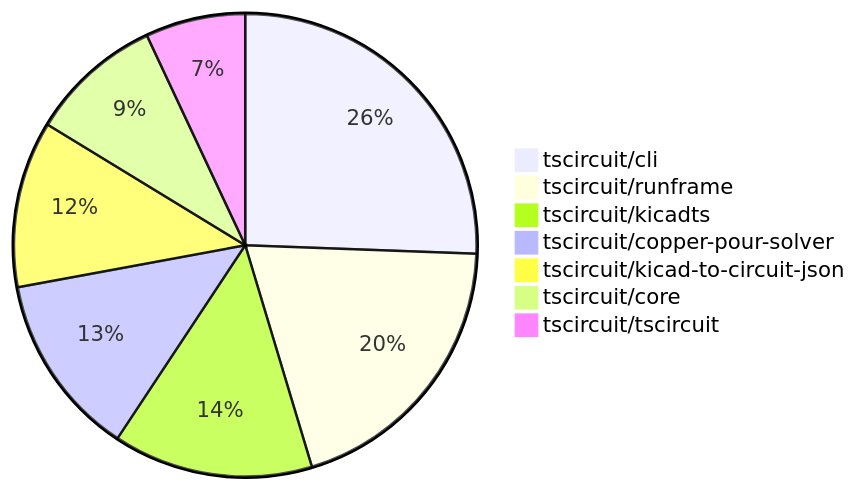
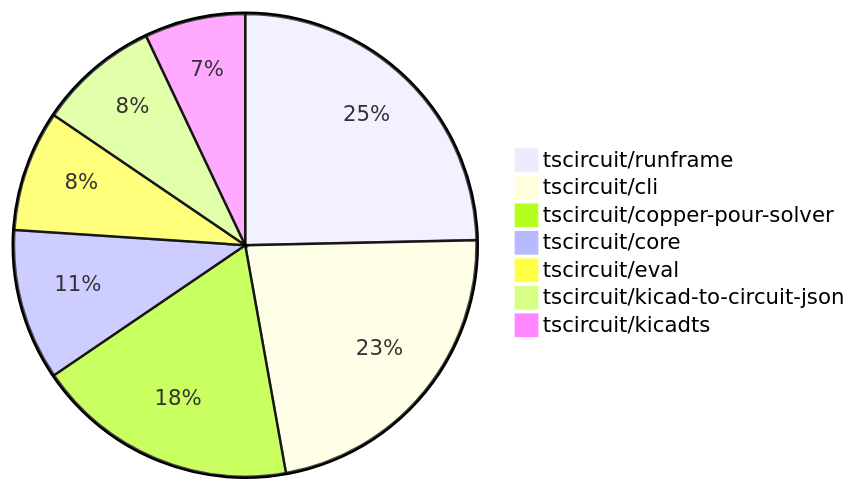
One commit to tscircuit/contribution-tracker changed the second of 2 diagrams in README.md. Above: the diagram before and after it, drawn with Mermaid. The commit also changed other lines of this file and 3 other files, not shown here.

````diff
--- a/README.md
+++ b/README.md
@@ -112,10 +120,10 @@
 ```mermaid
 pie
-    "tscircuit/cli" : 22
-    "tscircuit/runframe" : 17
-    "tscircuit/kicadts" : 12
-    "tscircuit/copper-pour-solver" : 11
-    "tscircuit/kicad-to-circuit-json" : 10
-    "tscircuit/core" : 8
-    "tscircuit/tscircuit" : 6
+    "tscircuit/runframe" : 35
+    "tscircuit/cli" : 32
+    "tscircuit/copper-pour-solver" : 26
+    "tscircuit/core" : 15
+    "tscircuit/eval" : 12
+    "tscircuit/kicad-to-circuit-json" : 12
+    "tscircuit/kicadts" : 10
 ```
````
